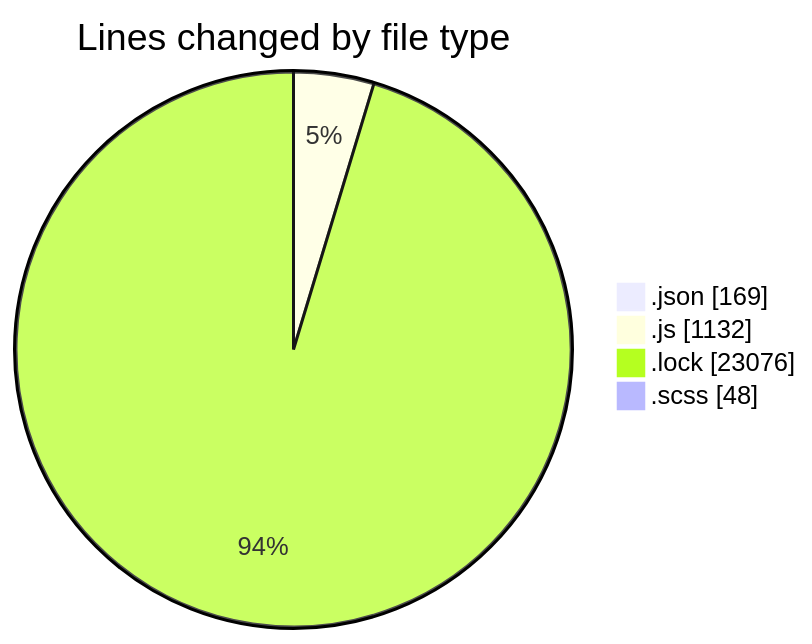
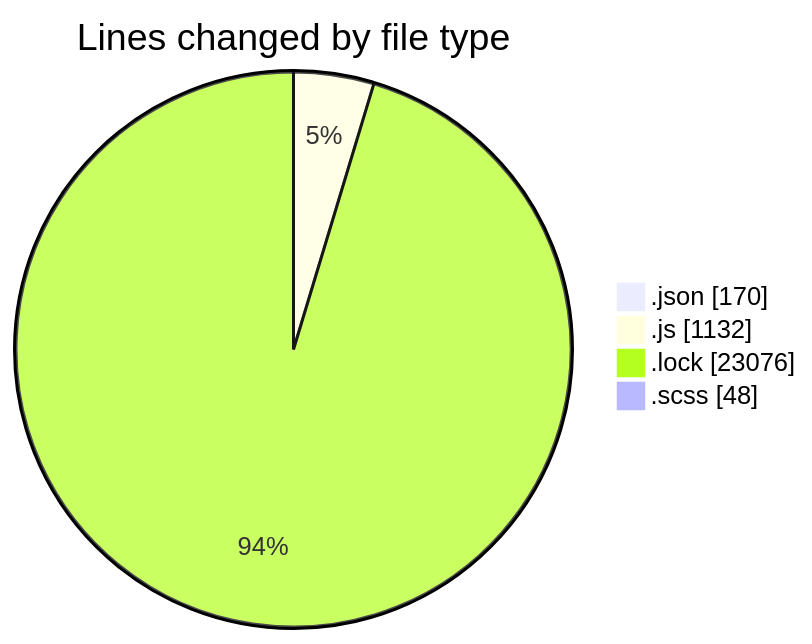
Before and after one commit to momahboobian/code-tracking: the first of 2 diagrams in 2026-01-06/cda/README.md, drawn with Mermaid. The commit also changed other lines of this file and 1 other file, not shown here.

````diff
--- a/2026-01-06/cda/README.md
+++ b/2026-01-06/cda/README.md
@@ -35,8 +35,8 @@
 ```mermaid
 pie showData
 title Lines changed by file type
-".json" : 169
+".json" : 170
 ".js" : 1132
 ".lock" : 23076
 ".scss" : 48
 ```
````
